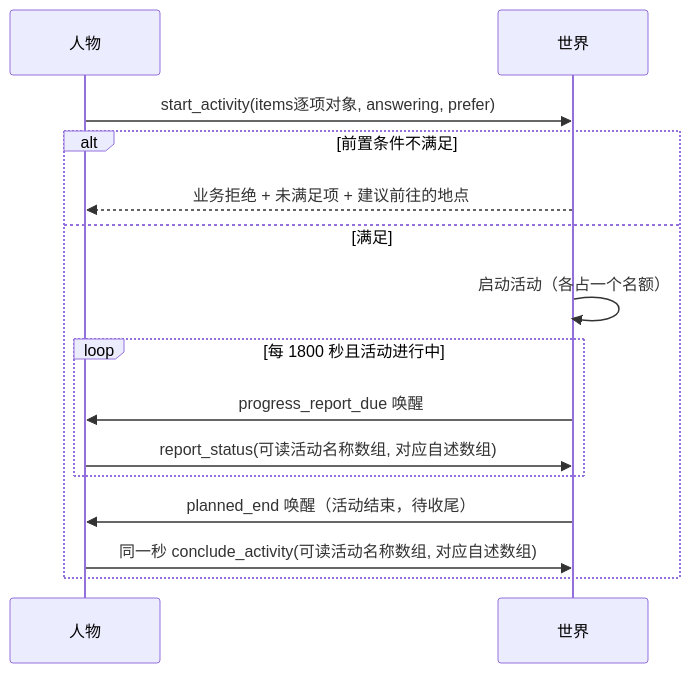
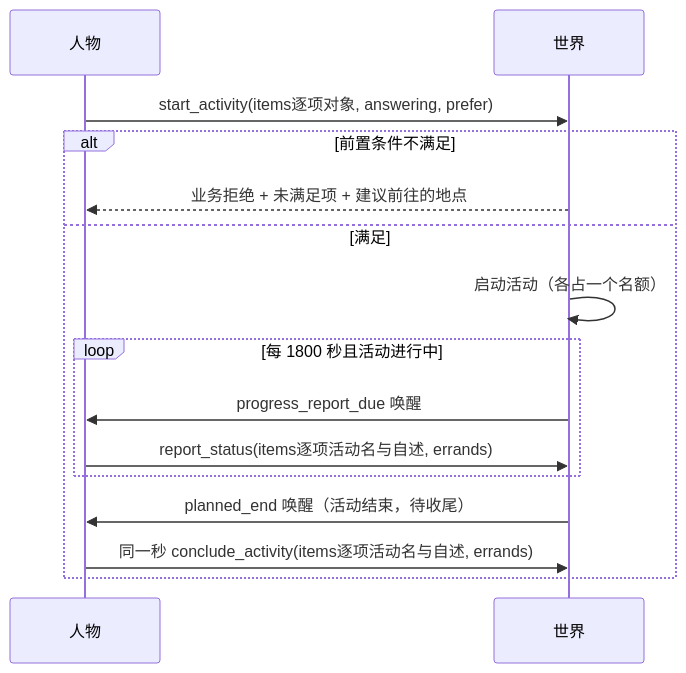
One commit to HoldThatThgt/WorldMock changed the fourth of 5 diagrams in docs/dev/SPEC-agent-interaction.md. Above: the diagram before and after it, drawn with Mermaid. The commit also changed other lines of this file and 28 other files, not shown here.

````diff
--- a/docs/dev/SPEC-agent-interaction.md
+++ b/docs/dev/SPEC-agent-interaction.md
@@ -394,17 +431,17 @@
 ```mermaid
 sequenceDiagram
     participant P as 人物
     participant W as 世界
     P->>W: start_activity(items逐项对象, answering, prefer)
     alt 前置条件不满足
         W-->>P: 业务拒绝 + 未满足项 + 建议前往的地点
     else 满足
         W->>W: 启动活动（各占一个名额）
         loop 每 1800 秒且活动进行中
             W->>P: progress_report_due 唤醒
-            P->>W: report_status(可读活动名称数组, 对应自述数组)
+            P->>W: report_status(items逐项活动名与自述, errands)
         end
         W->>P: planned_end 唤醒（活动结束，待收尾）
-        P->>W: 同一秒 conclude_activity(可读活动名称数组, 对应自述数组)
+        P->>W: 同一秒 conclude_activity(items逐项活动名与自述, errands)
     end
 ```
````
